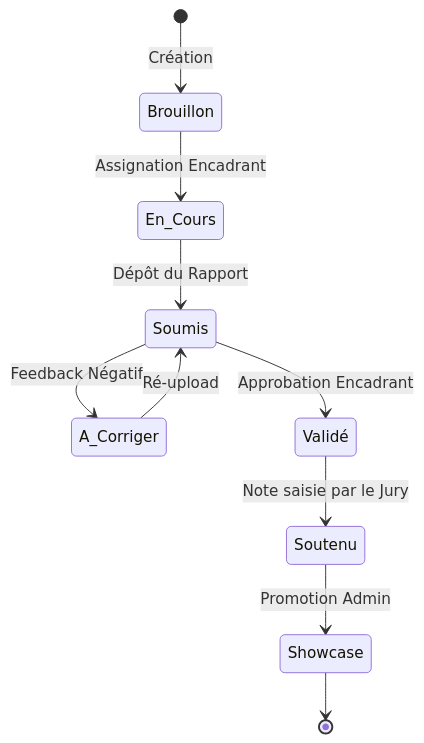
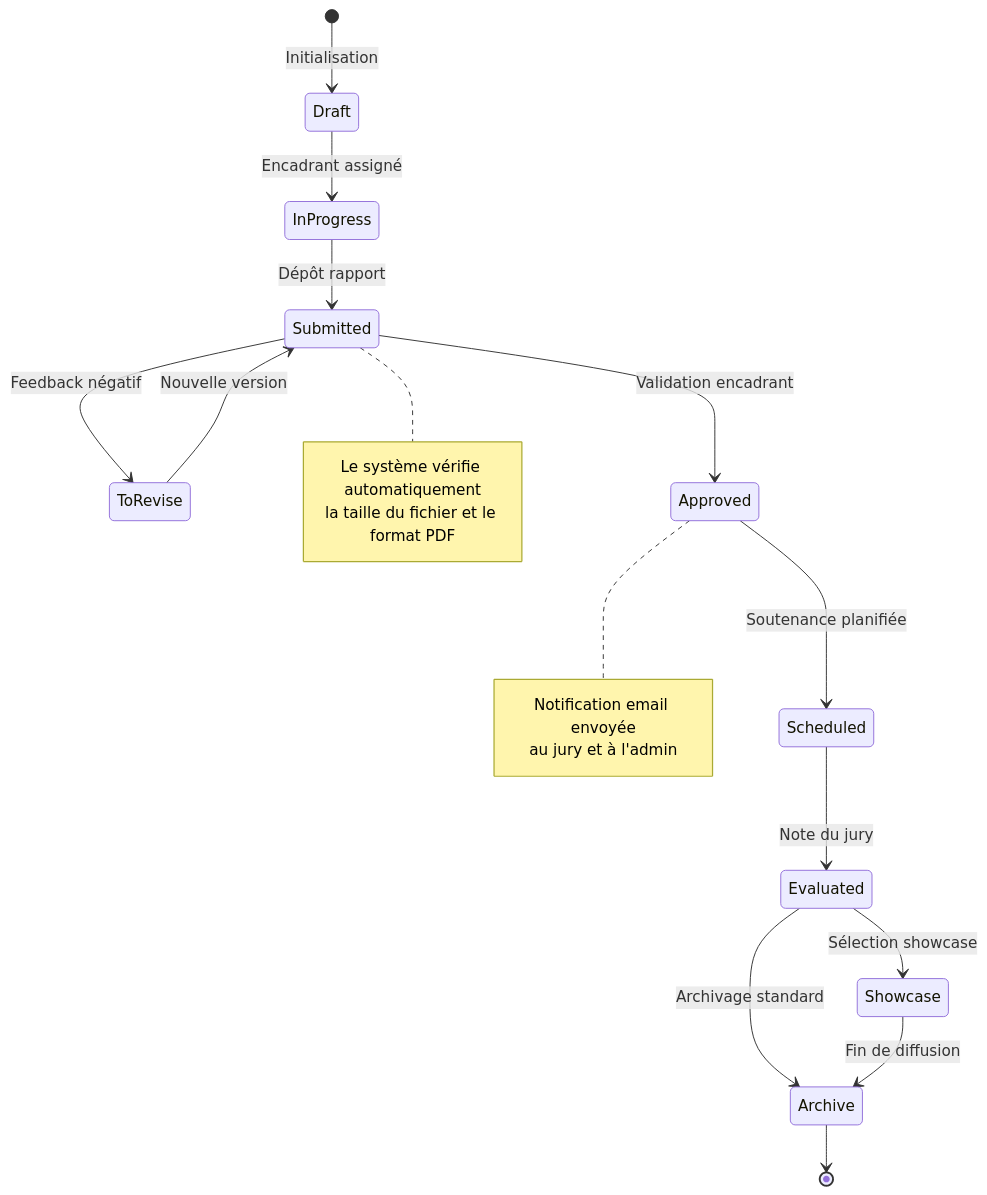
One commit to Lagmouchyoussef/PFE-Navigator changed the eighth of 13 diagrams in README.md. Above: the diagram before and after it, drawn with Mermaid. The commit also changed other lines of this file, not shown here.

````diff
--- a/README.md
+++ b/README.md
@@ -402,12 +402,25 @@
 ```mermaid
 stateDiagram-v2
-    [*] --> Brouillon : Création
-    Brouillon --> En_Cours : Assignation Encadrant
-    En_Cours --> Soumis : Dépôt du Rapport
-    Soumis --> A_Corriger : Feedback Négatif
-    A_Corriger --> Soumis : Ré-upload
-    Soumis --> Validé : Approbation Encadrant
-    Validé --> Soutenu : Note saisie par le Jury
-    Soutenu --> Showcase : Promotion Admin
-    Showcase --> [*]
+    [*] --> Draft: Initialisation
+    Draft --> InProgress: Encadrant assigné
+    InProgress --> Submitted: Dépôt rapport
+    Submitted --> ToRevise: Feedback négatif
+    ToRevise --> Submitted: Nouvelle version
+    Submitted --> Approved: Validation encadrant
+    Approved --> Scheduled: Soutenance planifiée
+    Scheduled --> Evaluated: Note du jury
+    Evaluated --> Showcase: Sélection showcase
+    Evaluated --> Archive: Archivage standard
+    Showcase --> Archive: Fin de diffusion
+    Archive --> [*]
+    
+    note right of Submitted
+        Le système vérifie automatiquement
+        la taille du fichier et le format PDF
+    end note
+    
+    note right of Approved
+        Notification email envoyée
+        au jury et à l'admin
+    end note
 ```
````
